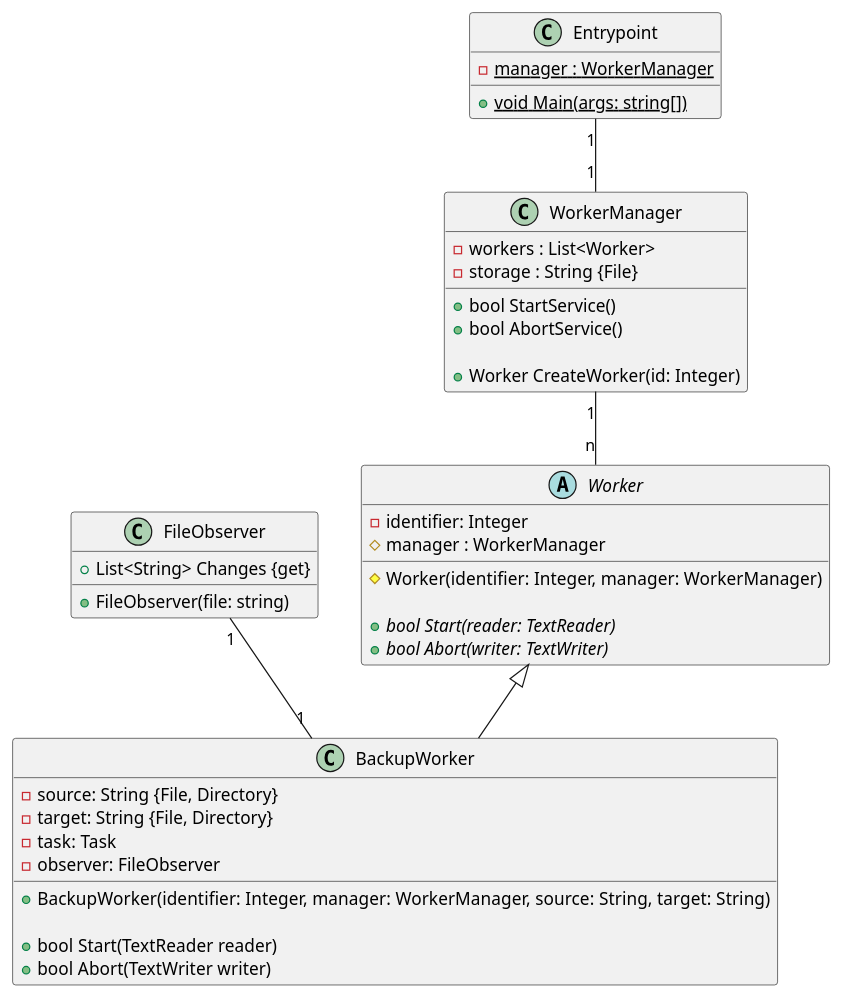
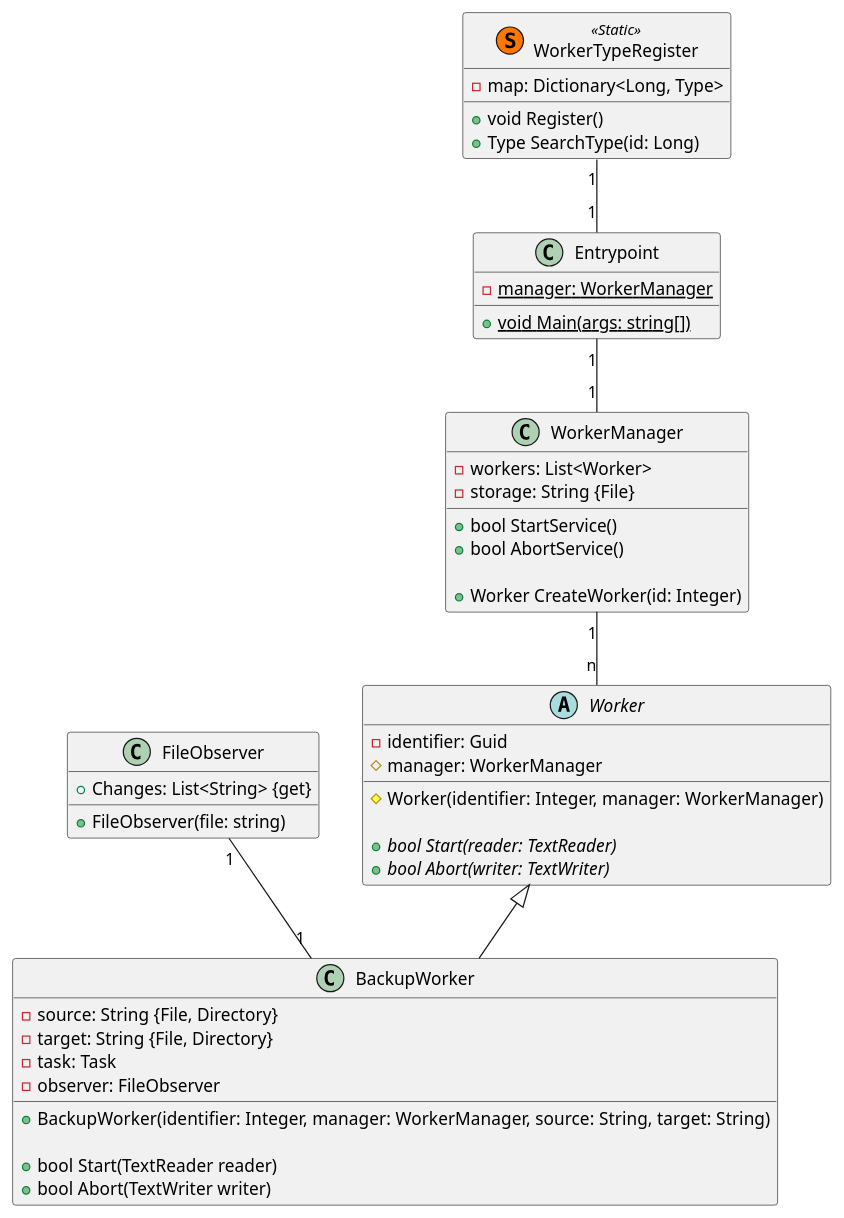
The diagram in diagram/ModelClasses.md (Louis9902/Sosse19-SE), drawn with PlantUML before and after one commit.

Commit message:
[Group] Update of class diagram

```diff
--- a/diagram/ModelClasses.md
+++ b/diagram/ModelClasses.md
@@ -1,51 +1,59 @@
 @startuml
 
  abstract class Worker {
-    -identifier: Integer 
-    #manager : WorkerManager
+    -identifier: Guid 
+    #manager: WorkerManager
     
     #Worker(identifier: Integer, manager: WorkerManager)
 
     {abstract} +bool Start(reader: TextReader)
     {abstract} +bool Abort(writer: TextWriter)
 }
 
 class BackupWorker extends Worker  {
     -source: String {File, Directory}
     -target: String {File, Directory}
     -task: Task
     -observer: FileObserver
 
     +BackupWorker(identifier: Integer, manager: WorkerManager, source: String, target: String)
 
     +bool Start(TextReader reader)
     +bool Abort(TextWriter writer)
 }
  
 class WorkerManager {
-    -workers : List<Worker>
-    -storage : String {File}
+    -workers: List<Worker>
+    -storage: String {File}
 
     +bool StartService()
     +bool AbortService()
 
     +Worker CreateWorker(id: Integer)
 }
 
 class FileObserver {
     +FileObserver(file: string)
 
-    +List<String> Changes {get} 
+    +Changes: List<String> {get} 
 }
 
 class Entrypoint {
-    -{static} manager : WorkerManager
+    -{static} manager: WorkerManager
 
     {static} +void Main(args: string[])
+}
+
+class WorkerTypeRegister<< (S,#FF7700) Static >> {
+    -map: Dictionary<Long, Type>
+    +void Register()
+    +Type SearchType(id: Long)
 }
 
 Entrypoint "1" -- "1" WorkerManager
 WorkerManager "1" -- "n" Worker
 FileObserver "1" -- "1" BackupWorker
 
+WorkerTypeRegister "1" -- "1" Entrypoint
+
 @enduml
```
